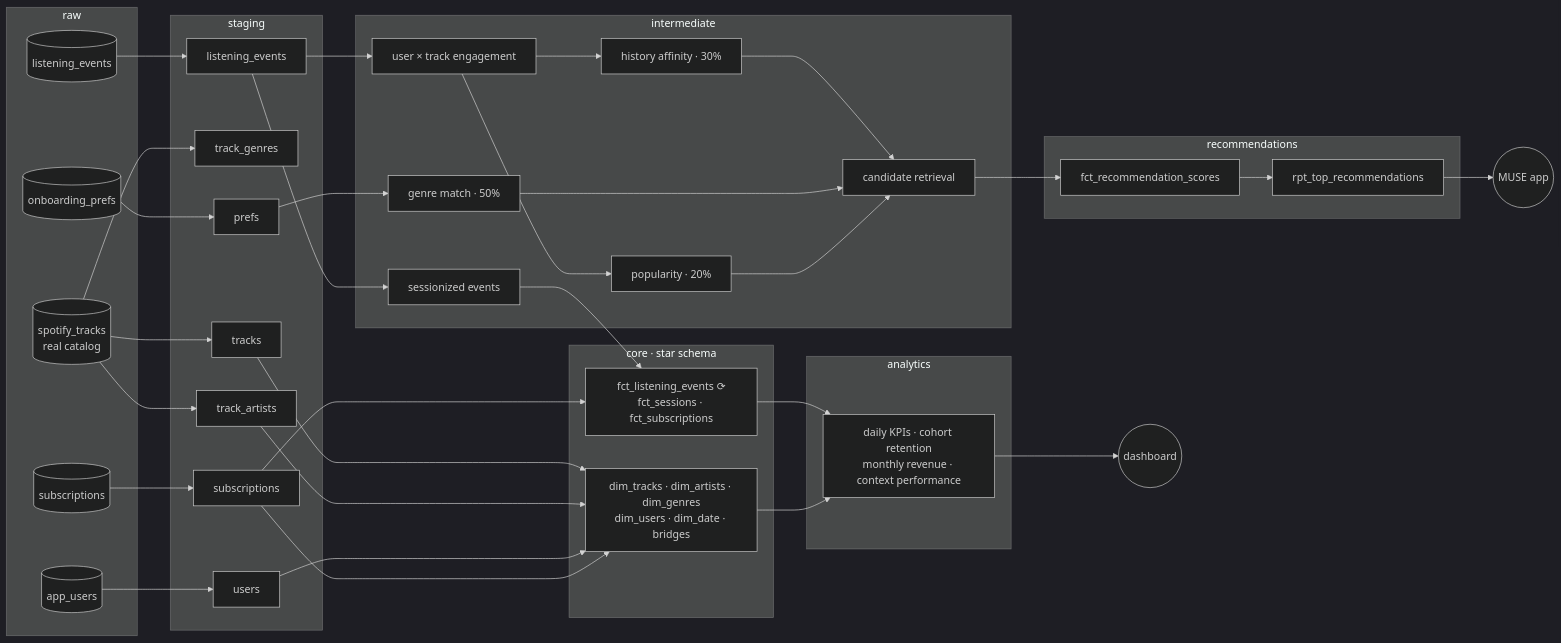
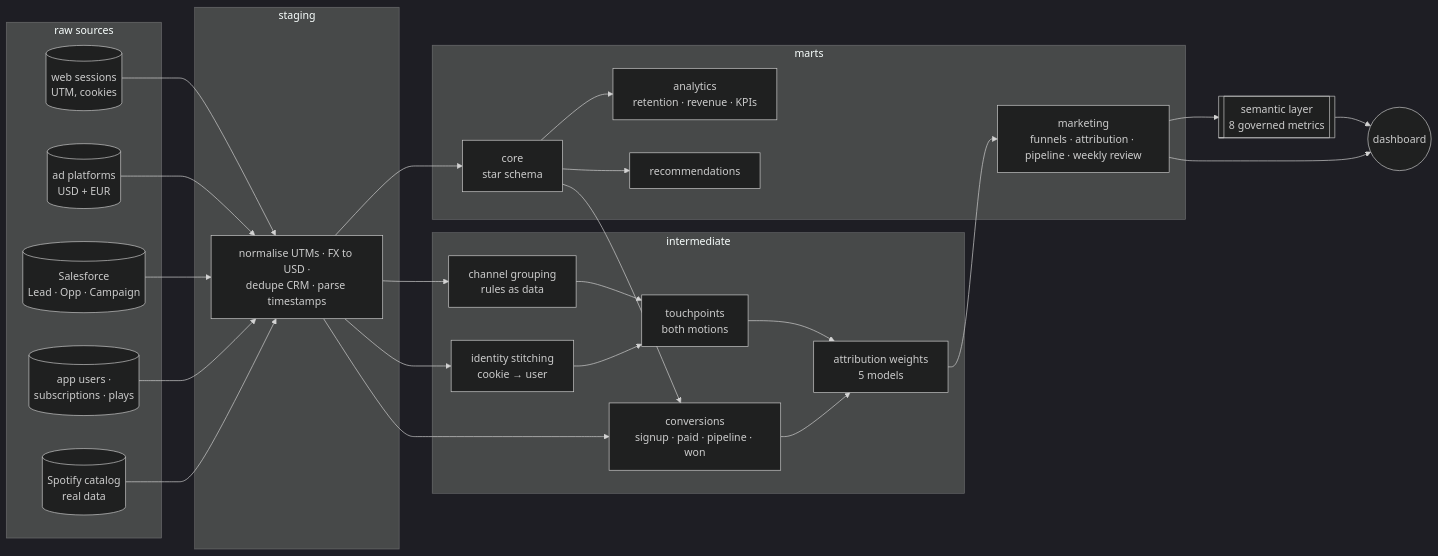
The diagram in README.md (larrozeemma-btz/muse-dbt), drawn with Mermaid (dark theme) before and after one commit. The commit also changed other lines of this file and 46 other files, not shown here.

First line of the commit message:
Marketing measurement framework: attribution, funnels, pipeline, semantic layer, dashboard

````diff
--- a/README.md
+++ b/README.md
@@ -44,31 +46,37 @@
 ```mermaid
 flowchart LR
-  subgraph raw[raw]
-    sp[(spotify_tracks<br/>real catalog)]
-    ev[(listening_events)]; us[(app_users)]; ob[(onboarding_prefs)]; sb[(subscriptions)]
+  subgraph sources[raw sources]
+    web[(web sessions<br/>UTM, cookies)]
+    ads[(ad platforms<br/>USD + EUR)]
+    sf[(Salesforce<br/>Lead · Opp · Campaign)]
+    app[(app users ·<br/>subscriptions · plays)]
+    cat[(Spotify catalog<br/>real data)]
   end
   subgraph stg[staging]
-    t[tracks]; tg[track_genres]; ta[track_artists]; e[listening_events]; u[users]; p[prefs]; s[subscriptions]
+    s1[normalise UTMs · FX to USD ·<br/>dedupe CRM · parse timestamps]
   end
   subgraph int[intermediate]
-    sess[sessionized events]; eng[user × track engagement]
-    gm[genre match · 50%]; ha[history affinity · 30%]; pop[popularity · 20%]
-    cand[candidate retrieval]
+    ch[channel grouping<br/>rules as data]
+    id[identity stitching<br/>cookie → user]
+    tp[touchpoints<br/>both motions]
+    cv[conversions<br/>signup · paid · pipeline · won]
+    aw[attribution weights<br/>5 models]
   end
-  subgraph core[core · star schema]
-    dims[dim_tracks · dim_artists · dim_genres<br/>dim_users · dim_date · bridges]
-    facts[fct_listening_events ⟳<br/>fct_sessions · fct_subscriptions]
+  subgraph marts[marts]
+    mk[marketing<br/>funnels · attribution · pipeline · weekly review]
+    core[core<br/>star schema]
+    an[analytics<br/>retention · revenue · KPIs]
+    reco[recommendations]
   end
-  subgraph reco[recommendations]
-    fs[fct_recommendation_scores]; top[rpt_top_recommendations]
-  end
-  subgraph ana[analytics]
-    kpi[daily KPIs · cohort retention<br/>monthly revenue · context performance]
-  end
-  sp-->t & tg & ta; ev-->e; us-->u; ob-->p; sb-->s
-  e-->sess-->facts; e-->eng-->ha & pop
-  p-->gm; ha & gm & pop-->cand-->fs
-  t & ta-->dims; u & s-->dims; s-->facts
-  fs-->top-->app((MUSE app))
-  facts & dims-->kpi-->dash((dashboard))
+  sl[[semantic layer<br/>8 governed metrics]]
+  dash((dashboard))
+  web & ads & sf & app & cat --> s1
+  s1 --> ch --> tp
+  s1 --> id --> tp
+  s1 --> cv
+  tp & cv --> aw --> mk
+  s1 --> core --> an & reco
+  core --> cv
+  mk --> sl --> dash
+  mk --> dash
 ```
````
